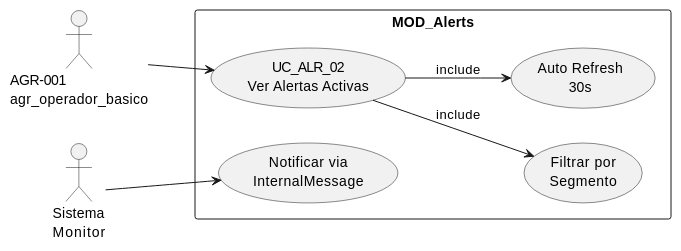
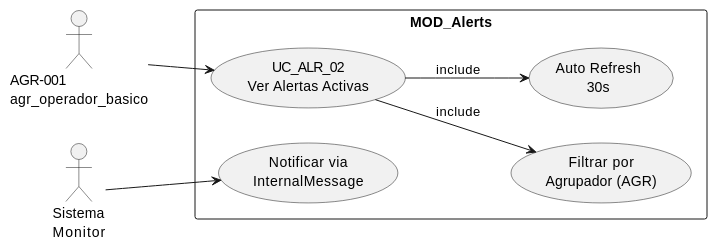
One commit to jcg-admin/IACT-docs changed the first of 3 diagrams in source/requisitos/casos-uso/alerts/uc-alr-02-ver-alertas-activas.rst. Above: the diagram before and after it, drawn with PlantUML. The commit also changed other lines of this file and 4 other files, not shown here.

```diff
--- a/source/requisitos/casos-uso/alerts/uc-alr-02-ver-alertas-activas.rst
+++ b/source/requisitos/casos-uso/alerts/uc-alr-02-ver-alertas-activas.rst
@@ -66,20 +66,20 @@
 .. uml::
  :caption: Diagrama de Caso de Uso - UC_ALR_02
 
  @startuml
  left to right direction
  actor "AGR-001\nagr_operador_basico" as USER
  actor "Sistema\nMonitor" as SYS
 
  rectangle "MOD_Alerts" {
  usecase "UC_ALR_02\nVer Alertas Activas" as UC02
- usecase "Filtrar por\nSegmento" as SEG
+ usecase "Filtrar por\nAgrupador (AGR)" as SEG
  usecase "Auto Refresh\n30s" as REF
  usecase "Notificar via\nInternalMessage" as NOT
  }
 
  USER --> UC02
  UC02 --> SEG : include
  UC02 --> REF : include
  SYS --> NOT
  @enduml
```
